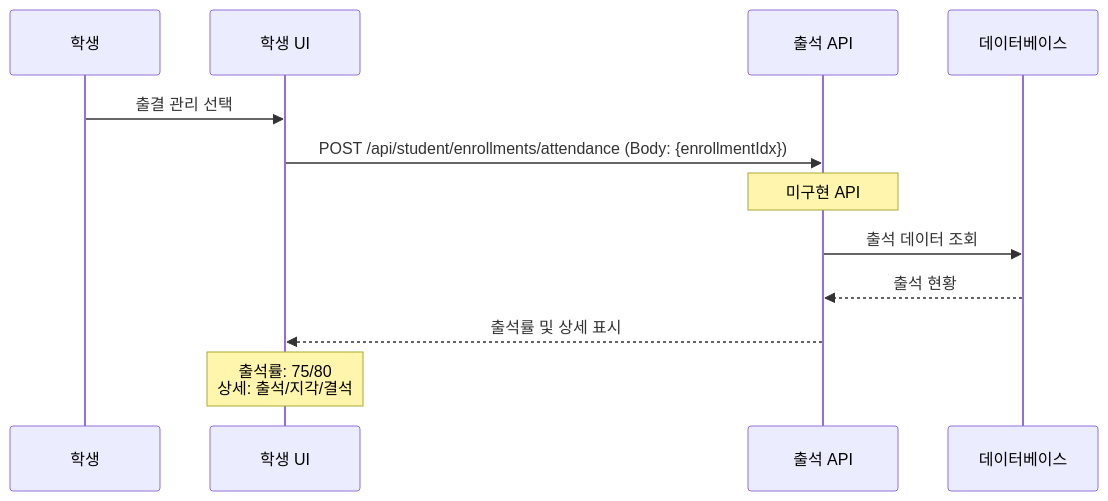
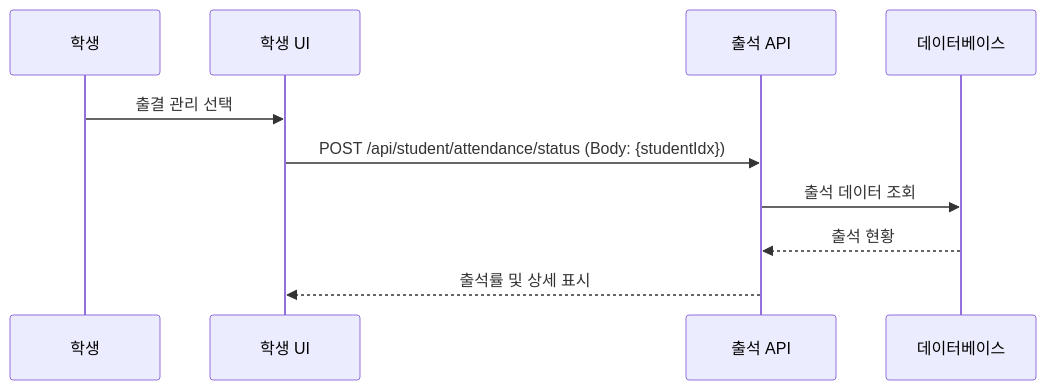
One commit to hooting76/blue-crab-lms changed the fifth of 10 diagrams in backend/BlueCrab/docs/강의관련기능/06-학생플로우.md. Above: the diagram before and after it, drawn with Mermaid. The commit also changed other lines of this file and 19 other files, not shown here.

````diff
--- a/backend/BlueCrab/docs/강의관련기능/06-학생플로우.md
+++ b/backend/BlueCrab/docs/강의관련기능/06-학생플로우.md
@@ -113,15 +145,13 @@
 ```mermaid
 sequenceDiagram
     participant Student as 학생
     participant UI as 학생 UI
     participant API as 출석 API
     participant DB as 데이터베이스
 
     Student->>UI: 출결 관리 선택
-    UI->>API: POST /api/student/enrollments/attendance (Body: {enrollmentIdx})
-    Note over API:  미구현 API
+    UI->>API: POST /api/student/attendance/status (Body: {studentIdx})
     API->>DB: 출석 데이터 조회
     DB-->>API: 출석 현황
     API-->>UI: 출석률 및 상세 표시
-    Note over UI: 출석률: 75/80<br/>상세: 출석/지각/결석
 ```
````
